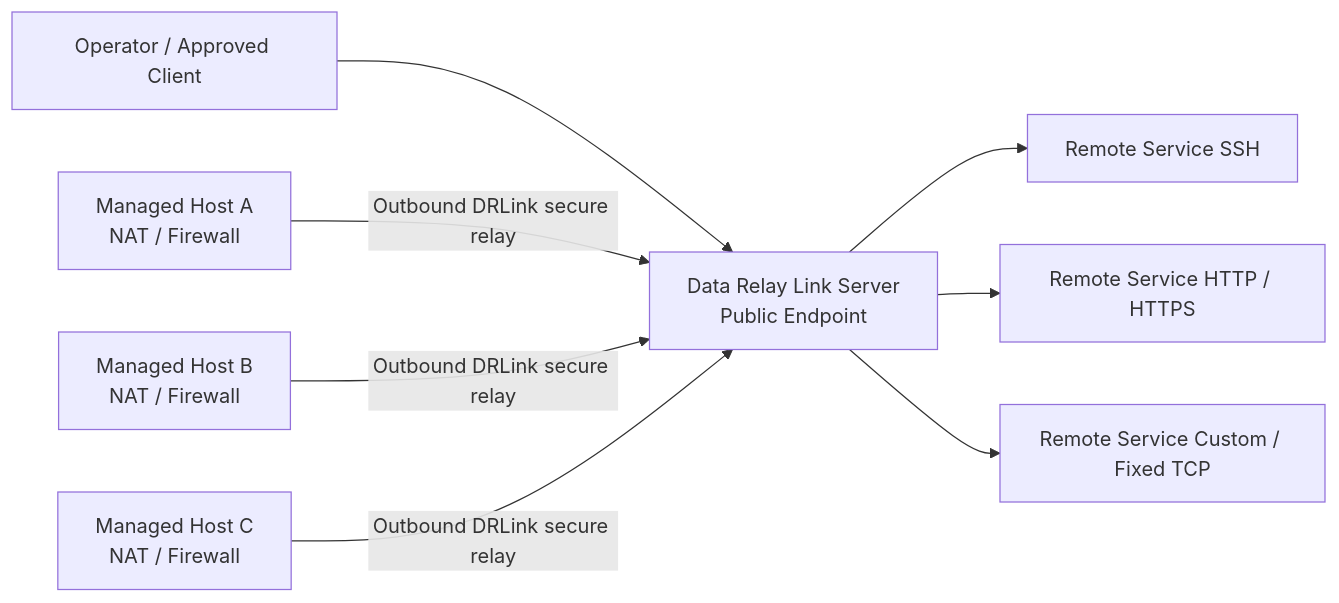
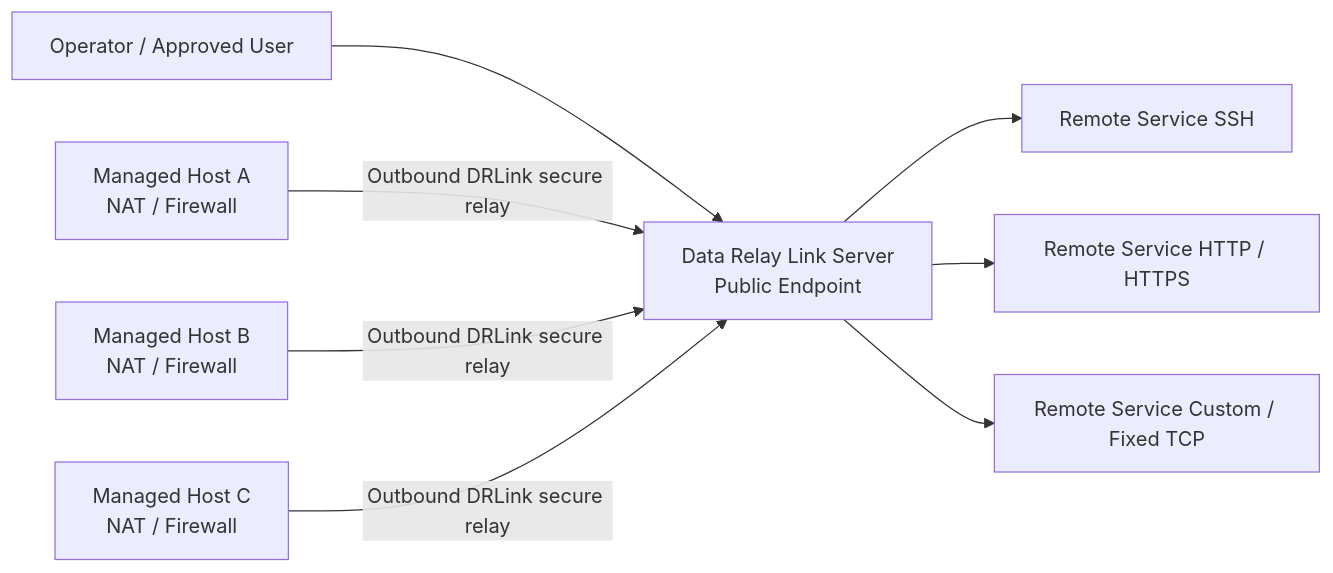
The diagram in README.md (datarelay-labs/data-relay-link), drawn with Mermaid before and after one commit. The commit also changed other lines of this file, not shown here.

````diff
--- a/README.md
+++ b/README.md
@@ -79,12 +79,12 @@
 ```mermaid
 flowchart LR
-    O["Operator / Approved Client"] --> P["Data Relay Link Server<br/>Public Endpoint"]
+    O["Operator / Approved User"] --> P["Data Relay Link Server<br/>Public Endpoint"]
 
     A["Managed Host A<br/>NAT / Firewall"] -->|Outbound DRLink secure relay| P
     B["Managed Host B<br/>NAT / Firewall"] -->|Outbound DRLink secure relay| P
     C["Managed Host C<br/>NAT / Firewall"] -->|Outbound DRLink secure relay| P
 
     P --> S1["Remote Service SSH"]
     P --> S2["Remote Service HTTP / HTTPS"]
     P --> S3["Remote Service Custom / Fixed TCP"]
 ```
````
